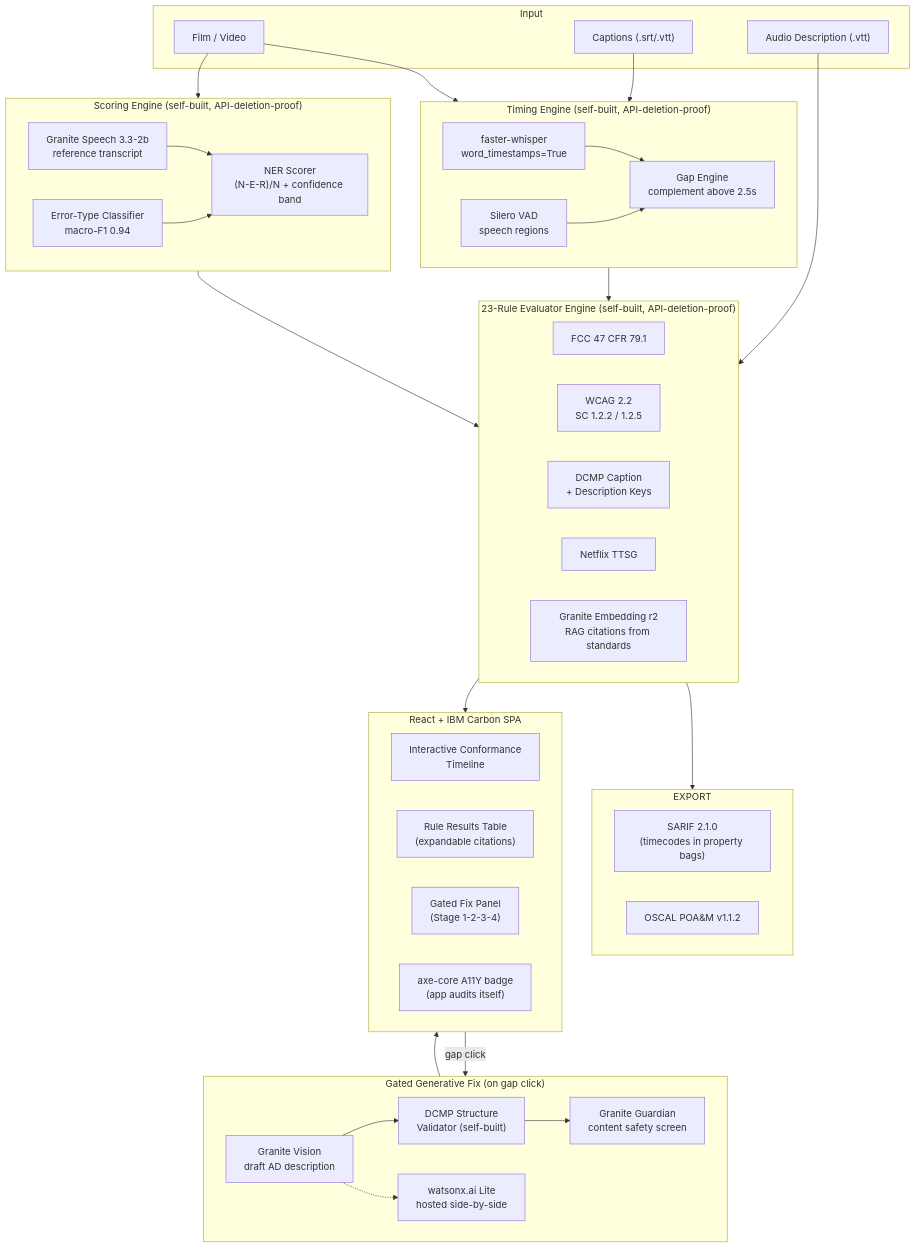
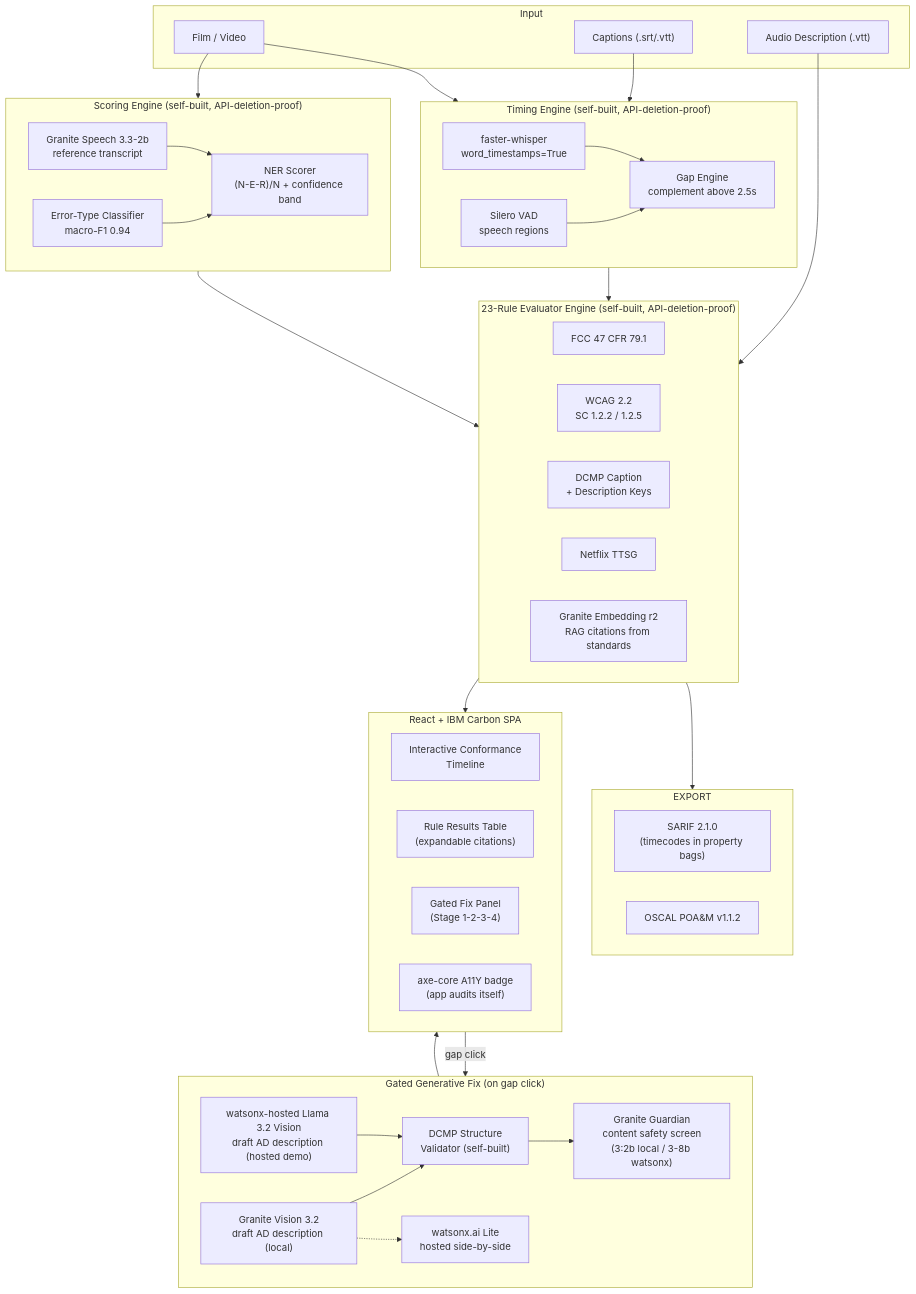
Before and after one commit to StephenSook/accessgate: the diagram in README.md, drawn with Mermaid. The commit also changed other lines of this file and 1 other file, not shown here.

First line of the commit message:
fix(honesty): label the hosted path exactly, in README and the live /judges page

````diff
--- a/README.md
+++ b/README.md
@@ -100,68 +100,70 @@
 ```mermaid
 flowchart TB
     subgraph Input
         F["Film / Video"]
         CAP["Captions (.srt/.vtt)"]
         AD["Audio Description (.vtt)"]
     end
 
     subgraph TIMING["Timing Engine (self-built, API-deletion-proof)"]
         direction LR
         FW["faster-whisper\nword_timestamps=True"]
         VAD["Silero VAD\nspeech regions"]
         GAP["Gap Engine\ncomplement above 2.5s"]
         FW --> GAP
         VAD --> GAP
     end
 
     subgraph SCORE["Scoring Engine (self-built, API-deletion-proof)"]
         direction LR
         GS["Granite Speech 3.3-2b\nreference transcript"]
         NER["NER Scorer\n(N-E-R)/N + confidence band"]
         CLS["Error-Type Classifier\nmacro-F1 0.94"]
         GS --> NER
         CLS --> NER
     end
 
     subgraph RULES["23-Rule Evaluator Engine (self-built, API-deletion-proof)"]
         direction LR
         FCC["FCC 47 CFR 79.1"]
         WCAG["WCAG 2.2\nSC 1.2.2 / 1.2.5"]
         DCMP["DCMP Caption\n+ Description Keys"]
         NFLX["Netflix TTSG"]
         RAG["Granite Embedding r2\nRAG citations from standards"]
     end
 
     subgraph EXPORT
         SARIF["SARIF 2.1.0\n(timecodes in property bags)"]
         OSCAL["OSCAL POA&M v1.1.2"]
     end
 
     subgraph GENFIX["Gated Generative Fix (on gap click)"]
         direction LR
-        GV["Granite Vision\ndraft AD description"]
+        GV["Granite Vision 3.2\ndraft AD description (local)"]
+        WXV["watsonx-hosted Llama 3.2 Vision\ndraft AD description (hosted demo)"]
         DCMPV["DCMP Structure\nValidator (self-built)"]
-        GG["Granite Guardian\ncontent safety screen"]
+        GG["Granite Guardian\ncontent safety screen\n(3:2b local / 3-8b watsonx)"]
         WX["watsonx.ai Lite\nhosted side-by-side"]
         GV --> DCMPV --> GG
+        WXV --> DCMPV
         GV -.-> WX
     end
 
     subgraph UI["React + IBM Carbon SPA"]
         TL["Interactive Conformance\nTimeline"]
         TBL["Rule Results Table\n(expandable citations)"]
         PANEL["Gated Fix Panel\n(Stage 1-2-3-4)"]
         AXE["axe-core A11Y badge\n(app audits itself)"]
     end
 
     F --> TIMING
     CAP --> TIMING
     F --> SCORE
     TIMING --> RULES
     SCORE --> RULES
     AD --> RULES
     RULES --> EXPORT
     RULES --> UI
     UI -->|gap click| GENFIX
     GENFIX --> UI
 ```
````
